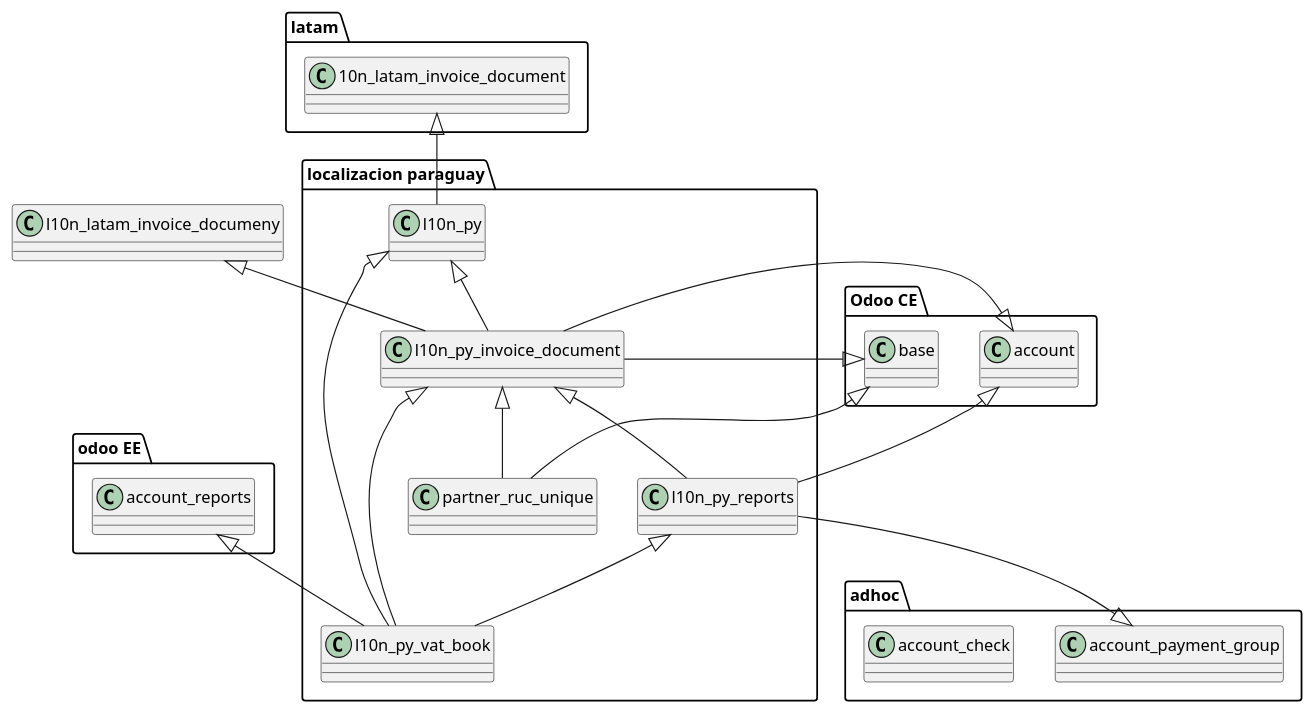
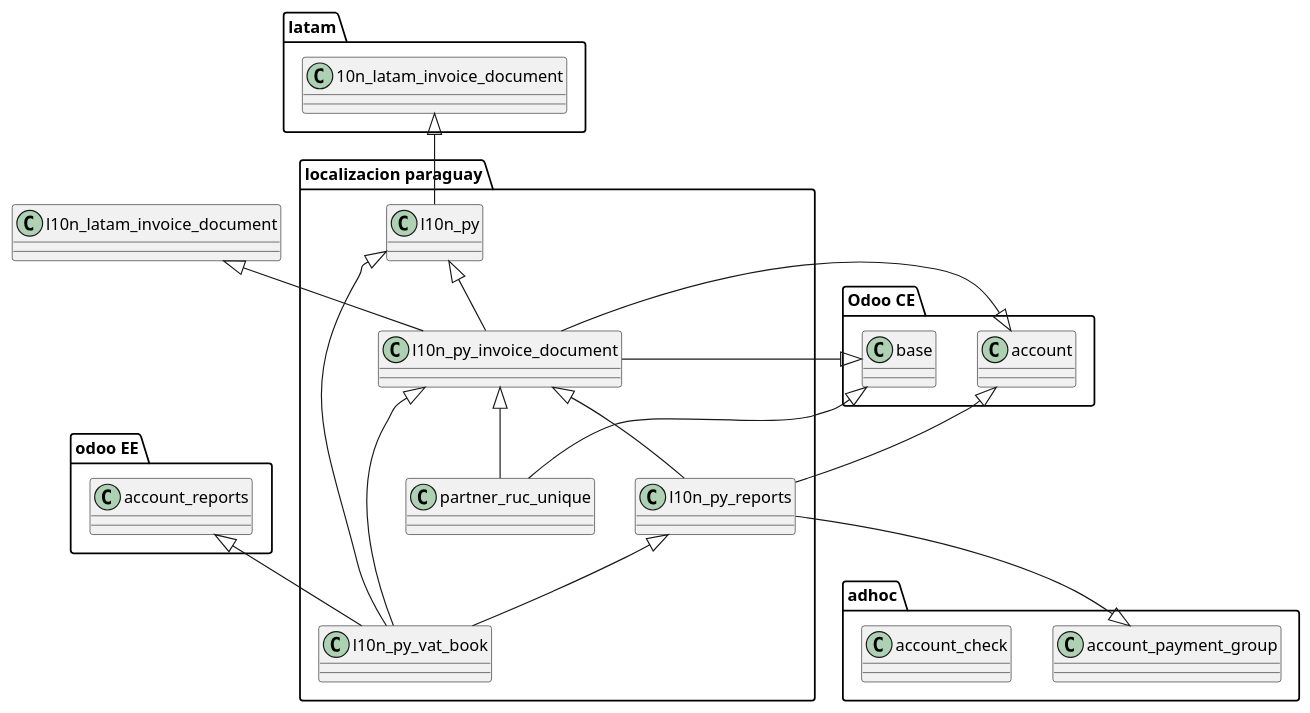
One commit to yasserdjerbi/test changed the diagram in doc/global.puml. Above: the diagram before and after it, drawn with PlantUML.

Commit message:
[ADD] - puml integration

```diff
--- a/doc/global.puml
+++ b/doc/global.puml
@@ -1,44 +1,44 @@
 @startuml
 
 package "odoo EE" {
 class account_reports
 }
 
 package "Odoo CE" {
     class account
     class base
 }
 package "latam" {
     class 10n_latam_invoice_document
 }
 package "localizacion paraguay" {
     class l10n_py
     class l10n_py_invoice_document
     class l10n_py_reports
     class l10n_py_vat_book
     class partner_ruc_unique
 }
 package "adhoc" {
     class account_payment_group
     class account_check
 }
 
 10n_latam_invoice_document <|-- l10n_py
 base <|-u- l10n_py_invoice_document
 l10n_py <|-- l10n_py_invoice_document
 account <|-- l10n_py_invoice_document
-l10n_latam_invoice_documeny <|-- l10n_py_invoice_document
+l10n_latam_invoice_document <|-- l10n_py_invoice_document
 
 account <|-- l10n_py_reports
 l10n_py_invoice_document <|-- l10n_py_reports
 account_payment_group <|-u- l10n_py_reports
 
 l10n_py <|-- l10n_py_vat_book
 l10n_py_reports <|-- l10n_py_vat_book
 l10n_py_invoice_document <|-- l10n_py_vat_book
 account_reports <|-- l10n_py_vat_book
 
 base <|-- partner_ruc_unique
 l10n_py_invoice_document <|-- partner_ruc_unique
 
 @enduml
```
